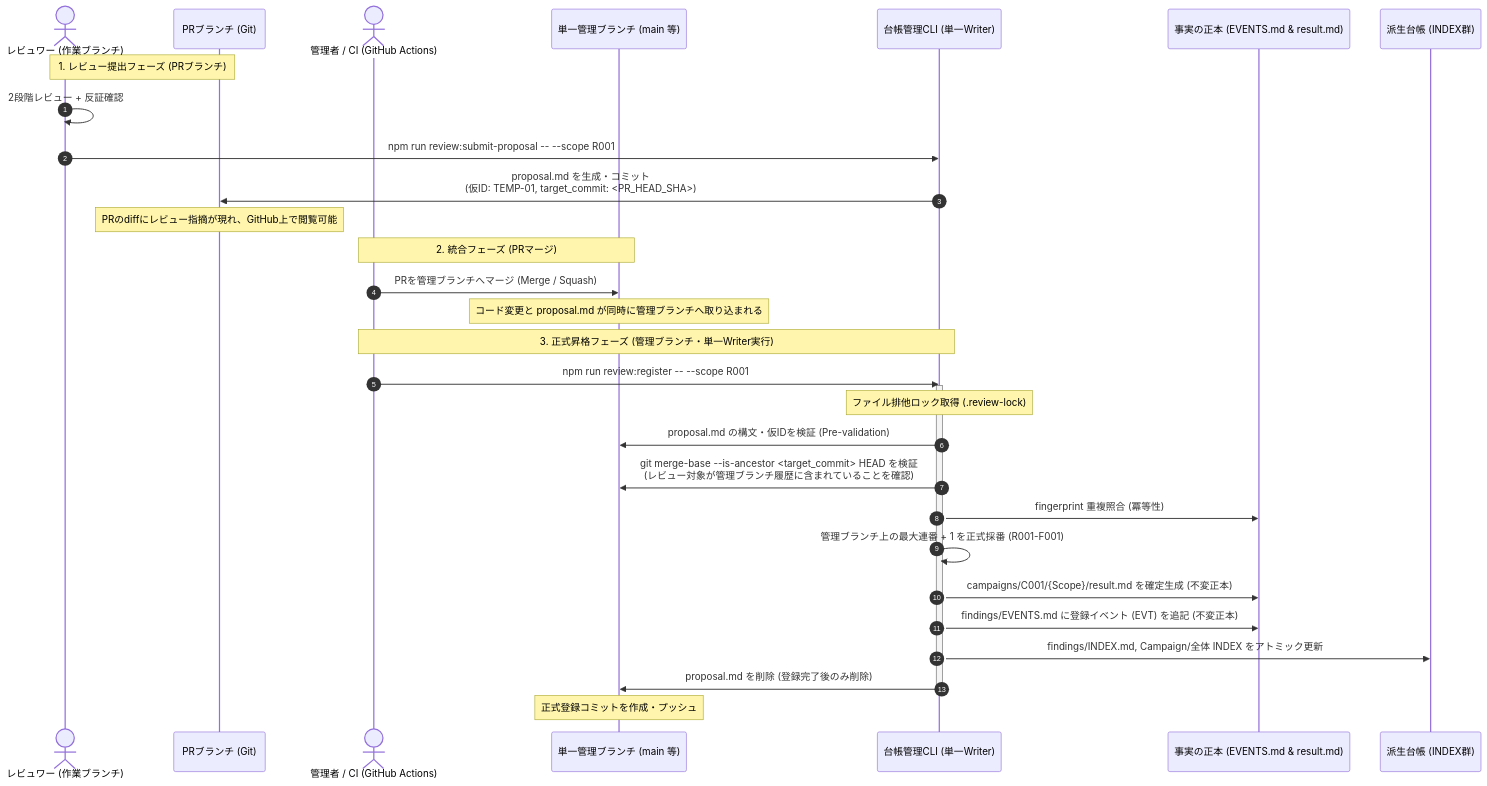
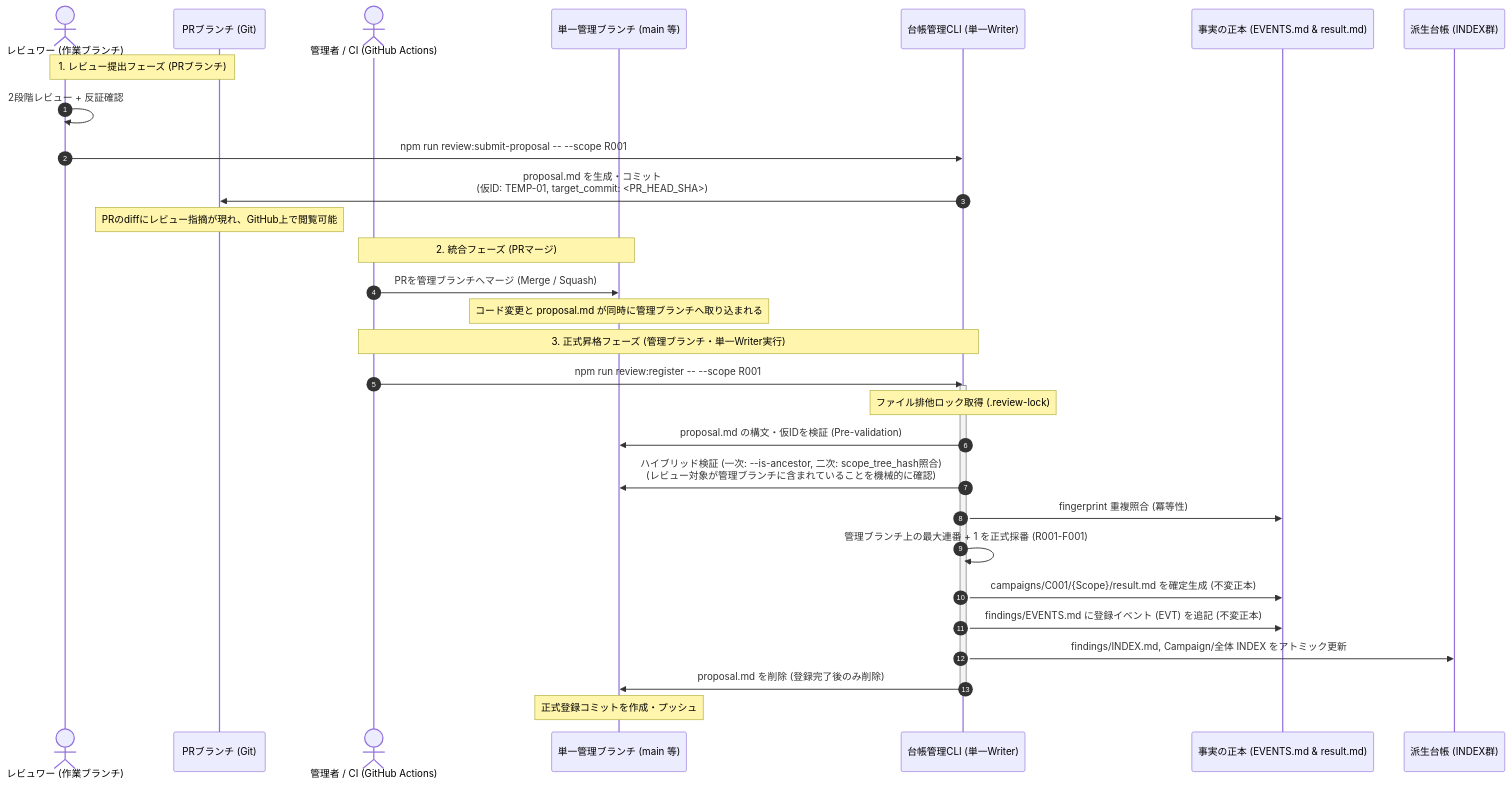
Before and after one commit to okinawa-systembit/herdr-orchestration: the second of 6 diagrams in docs/reviews/CONTINUOUS_REVIEW_DESIGN.md, drawn with Mermaid. The commit also changed other lines of this file, not shown here.

````diff
--- a/docs/reviews/CONTINUOUS_REVIEW_DESIGN.md
+++ b/docs/reviews/CONTINUOUS_REVIEW_DESIGN.md
@@ -525,36 +548,36 @@
 ```mermaid
 sequenceDiagram
     autonumber
     actor Reviewer as レビュワー (作業ブランチ)
     participant PRBranch as PRブランチ (Git)
     actor Maintainer as 管理者 / CI (GitHub Actions)
     participant Canonical as 単一管理ブランチ (main 等)
     participant CLI as 台帳管理CLI (単一Writer)
     participant SSoT as 事実の正本 (EVENTS.md & result.md)
     participant Views as 派生台帳 (INDEX群)
 
     Note over Reviewer,PRBranch: 1. レビュー提出フェーズ (PRブランチ)
     Reviewer->>Reviewer: 2段階レビュー + 反証確認
     Reviewer->>CLI: npm run review:submit-proposal -- --scope R001
     CLI->>PRBranch: proposal.md を生成・コミット<br>(仮ID: TEMP-01, target_commit: <PR_HEAD_SHA>)
     Note over PRBranch: PRのdiffにレビュー指摘が現れ、GitHub上で閲覧可能
 
     Note over Maintainer,Canonical: 2. 統合フェーズ (PRマージ)
     Maintainer->>Canonical: PRを管理ブランチへマージ (Merge / Squash)
     Note over Canonical: コード変更と proposal.md が同時に管理ブランチへ取り込まれる
 
     Note over Maintainer,CLI: 3. 正式昇格フェーズ (管理ブランチ・単一Writer実行)
     Maintainer->>CLI: npm run review:register -- --scope R001
     activate CLI
     Note over CLI: ファイル排他ロック取得 (.review-lock)
     CLI->>Canonical: proposal.md の構文・仮IDを検証 (Pre-validation)
-    CLI->>Canonical: git merge-base --is-ancestor <target_commit> HEAD を検証<br>(レビュー対象が管理ブランチ履歴に含まれていることを確認)
+    CLI->>Canonical: ハイブリッド検証 (一次: --is-ancestor, 二次: scope_tree_hash照合)<br>(レビュー対象が管理ブランチに含まれていることを機械的に確認)
     CLI->>SSoT: fingerprint 重複照合 (冪等性)
     CLI->>CLI: 管理ブランチ上の最大連番 + 1 を正式採番 (R001-F001)
     CLI->>SSoT: campaigns/C001/{Scope}/result.md を確定生成 (不変正本)
     CLI->>SSoT: findings/EVENTS.md に登録イベント (EVT) を追記 (不変正本)
     CLI->>Views: findings/INDEX.md, Campaign/全体 INDEX をアトミック更新
     CLI->>Canonical: proposal.md を削除 (登録完了後のみ削除)
     deactivate CLI
     Note over Canonical: 正式登録コミットを作成・プッシュ
 ```
````
